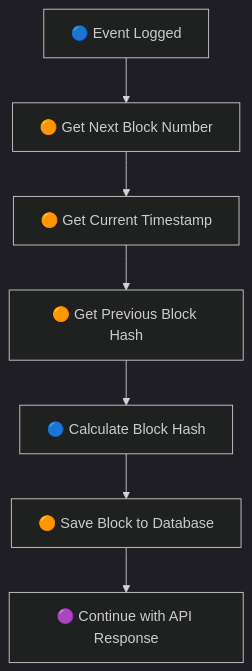
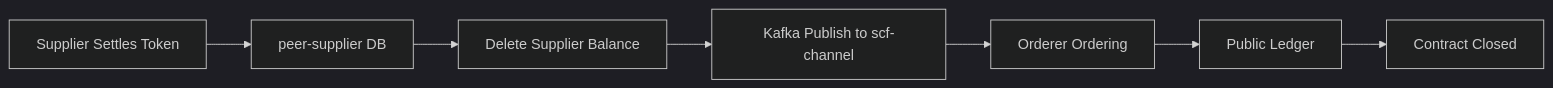
Diagram 18 of 19 in API_Flow_Diagrams.md (trunghc97/blockchain), drawn with Mermaid (dark theme) before and after one commit. The commit also changed other lines of this file and 4 other files, not shown here.

````diff
--- a/API_Flow_Diagrams.md
+++ b/API_Flow_Diagrams.md
@@ -206,9 +369,9 @@
 ```mermaid
-flowchart TD
-    A[🔵 Event Logged] --> B[🟠 Get Next Block Number]
-    B --> C[🟠 Get Current Timestamp]
-    C --> D[🟠 Get Previous Block Hash]
-    D --> E[🔵 Calculate Block Hash]
-    E --> F[🟠 Save Block to Database]
-    F --> G[🟣 Continue with API Response]
+flowchart LR
+    A[Supplier Settles Token] --> B[peer-supplier DB]
+    B --> C[Delete Supplier Balance]
+    C --> D[Kafka Publish to scf-channel]
+    D --> E[Orderer Ordering]
+    E --> F[Public Ledger]
+    F --> G[Contract Closed]
 ```
````
